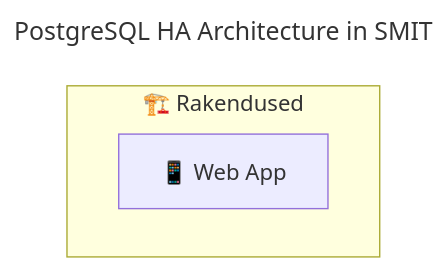
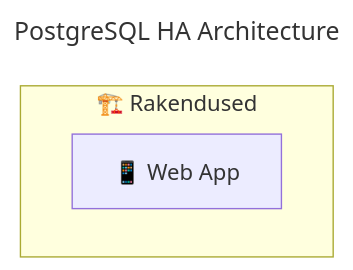
Before and after one commit to siimvene/auto48: the first of 7 diagrams in .cursor/skills/mermaid-diagrams/SKILL.md, drawn with Mermaid. The commit also changed other lines of this file and 6 other files, not shown here.

````diff
--- a/.cursor/skills/mermaid-diagrams/SKILL.md
+++ b/.cursor/skills/mermaid-diagrams/SKILL.md
@@ -14,9 +14,9 @@
 ```mermaid
 ---
-title: PostgreSQL HA Architecture in SMIT
+title: PostgreSQL HA Architecture
 ---
 graph TB
     subgraph Apps["🏗️ Rakendused"]
         App1["📱 Web App"]
     end
 ```
````
